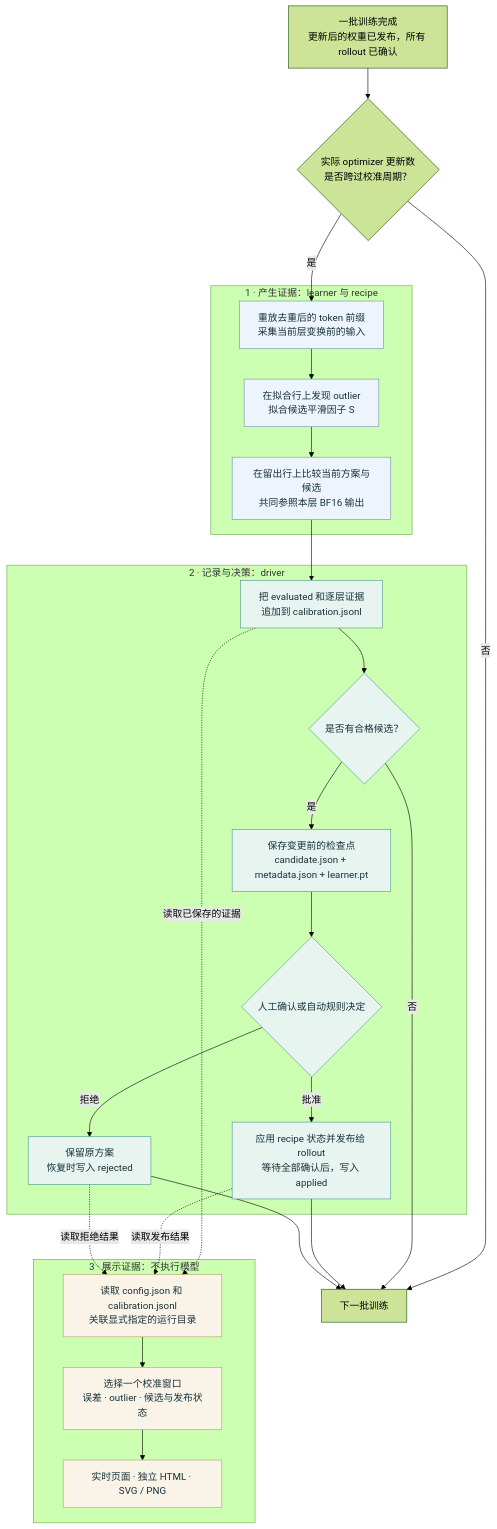
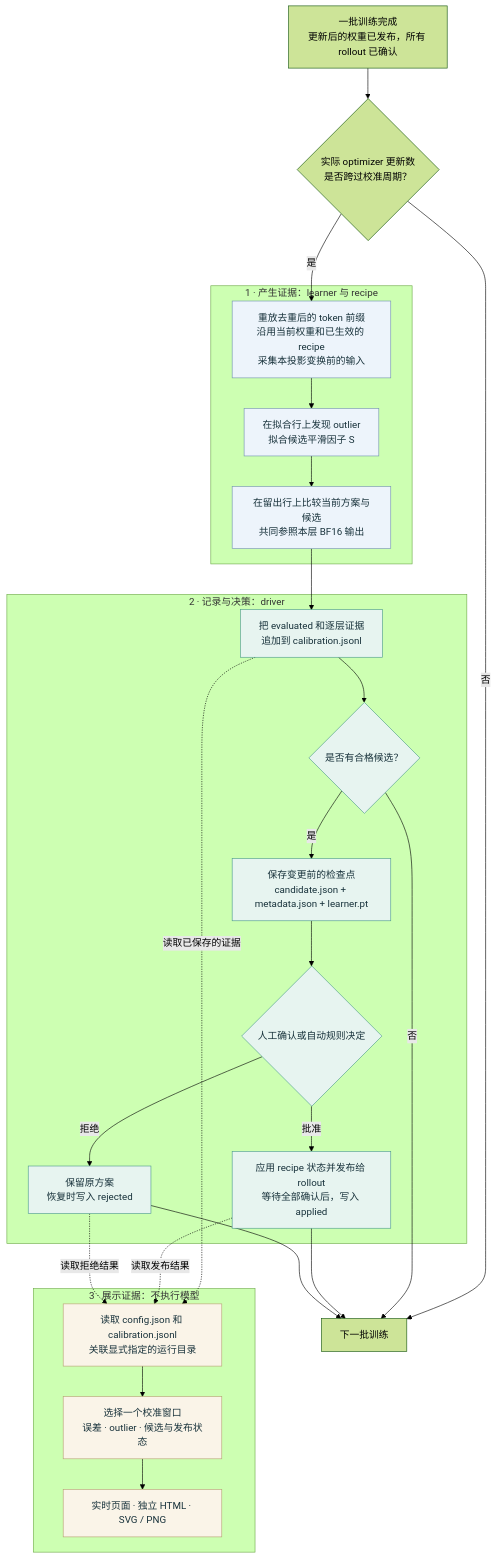
Before and after one commit to wengeezhang/QoreRL: the diagram in docs/smoothquant-calibration.zh-CN.md, drawn with Mermaid (forest theme). The commit also changed other lines of this file and 2 other files, not shown here.

````diff
--- a/docs/smoothquant-calibration.zh-CN.md
+++ b/docs/smoothquant-calibration.zh-CN.md
@@ -11,37 +11,37 @@
 ```mermaid
 flowchart TD
     A[一批训练完成<br/>更新后的权重已发布，所有 rollout 已确认] --> B{实际 optimizer 更新数<br/>是否跨过校准周期？}
     B -->|否| NEXT[下一批训练]
     B -->|是| C
     subgraph COMPUTE[1 · 产生证据：learner 与 recipe]
-        C[重放去重后的 token 前缀<br/>采集当前层变换前的输入]
+        C[重放去重后的 token 前缀<br/>沿用当前权重和已生效的 recipe<br/>采集本投影变换前的输入]
         C --> D[在拟合行上发现 outlier<br/>拟合候选平滑因子 S]
         D --> E[在留出行上比较当前方案与候选<br/>共同参照本层 BF16 输出]
     end
     E --> F
     subgraph RECORD[2 · 记录与决策：driver]
         F[把 evaluated 和逐层证据<br/>追加到 calibration.jsonl]
         F --> G{是否有合格候选？}
         G -->|是| H[保存变更前的检查点<br/>candidate.json + metadata.json + learner.pt]
         H --> I{人工确认或自动规则决定}
         I -->|批准| J[应用 recipe 状态并发布给 rollout<br/>等待全部确认后，写入 applied]
         I -->|拒绝| K[保留原方案<br/>恢复时写入 rejected]
     end
     G -->|否| NEXT
     J --> NEXT
     K --> NEXT
     F -. 读取已保存的证据 .-> V
     J -. 读取发布结果 .-> V
     K -. 读取拒绝结果 .-> V
     subgraph VIEW[3 · 展示证据：不执行模型]
         V[读取 config.json 和 calibration.jsonl<br/>关联显式指定的运行目录]
         V --> W[选择一个校准窗口<br/>误差 · outlier · 候选与发布状态]
         W --> X[实时页面 · 独立 HTML · SVG / PNG]
     end
     classDef compute fill:#edf4fb,stroke:#7192ae,color:#18323b
     classDef record fill:#e7f4f0,stroke:#4b9a8b,color:#18323b
     classDef view fill:#faf4e8,stroke:#b7a073,color:#18323b
     class C,D,E compute
     class F,G,H,I,J,K record
     class V,W,X view
 ```
````
